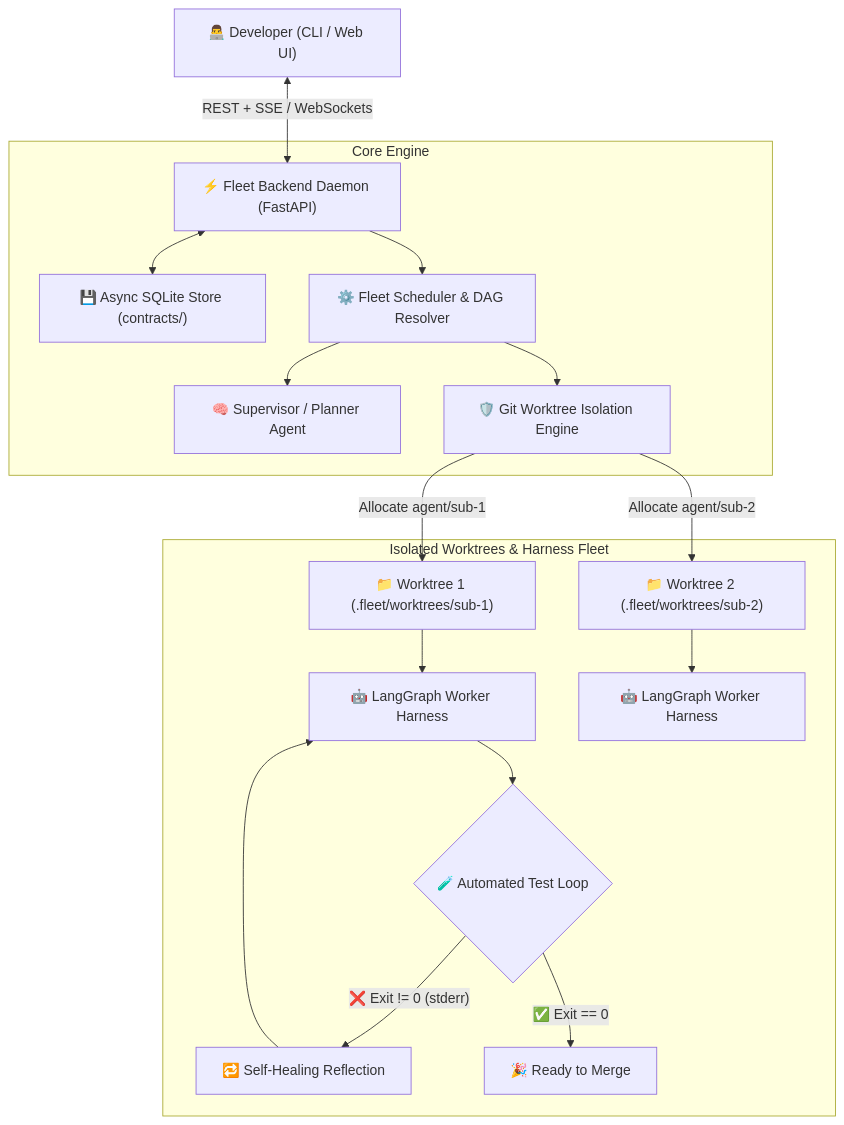
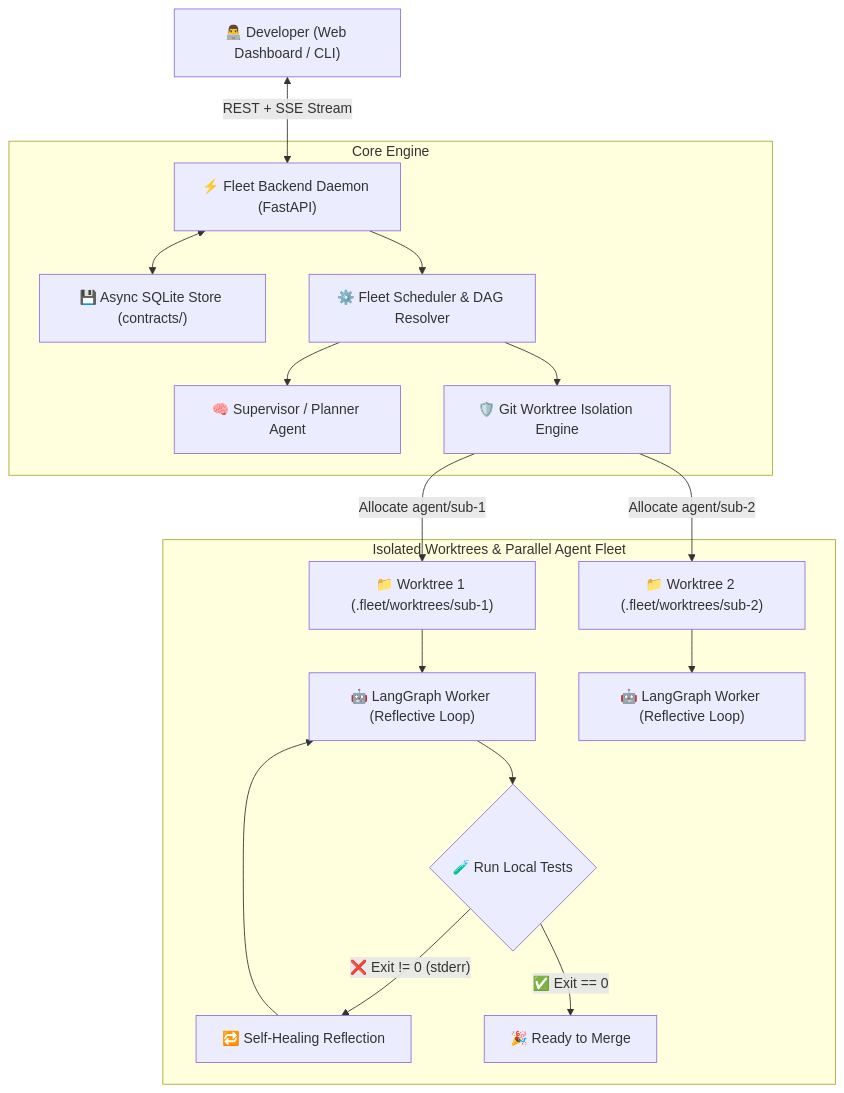
Before and after one commit to DrowLink/fleet-agent-ide: the diagram in README.md, drawn with Mermaid. The commit also changed other lines of this file and 7 other files, not shown here.

````diff
--- a/README.md
+++ b/README.md
@@ -33,24 +36,24 @@
 ```mermaid
 graph TD
-    User["👨‍💻 Developer (CLI / Web UI)"] <-->|REST + SSE / WebSockets| Daemon["⚡ Fleet Backend Daemon (FastAPI)"]
+    User["👨‍💻 Developer (Web Dashboard / CLI)"] <-->|REST + SSE Stream| Daemon["⚡ Fleet Backend Daemon (FastAPI)"]
     
     subgraph Core Engine
         Daemon <--> State["💾 Async SQLite Store (contracts/)"]
         Daemon --> Scheduler["⚙️ Fleet Scheduler & DAG Resolver"]
         Scheduler --> Planner["🧠 Supervisor / Planner Agent"]
         Scheduler --> WorktreeMgr["🛡️ Git Worktree Isolation Engine"]
     end
     
-    subgraph Isolated Worktrees & Harness Fleet
+    subgraph Isolated Worktrees & Parallel Agent Fleet
         WorktreeMgr -->|Allocate agent/sub-1| WT1["📁 Worktree 1 (.fleet/worktrees/sub-1)"]
         WorktreeMgr -->|Allocate agent/sub-2| WT2["📁 Worktree 2 (.fleet/worktrees/sub-2)"]
         
-        WT1 --> LangGraphWorker1["🤖 LangGraph Worker Harness"]
-        WT2 --> LangGraphWorker2["🤖 LangGraph Worker Harness"]
+        WT1 --> LangGraphWorker1["🤖 LangGraph Worker (Reflective Loop)"]
+        WT2 --> LangGraphWorker2["🤖 LangGraph Worker (Reflective Loop)"]
         
-        LangGraphWorker1 --> Test1{"🧪 Automated Test Loop"}
+        LangGraphWorker1 --> Test1{"🧪 Run Local Tests"}
         Test1 -- "❌ Exit != 0 (stderr)" --> Fix1["🔁 Self-Healing Reflection"]
         Fix1 --> LangGraphWorker1
         Test1 -- "✅ Exit == 0" --> Ready1["🎉 Ready to Merge"]
     end
 ```
````
